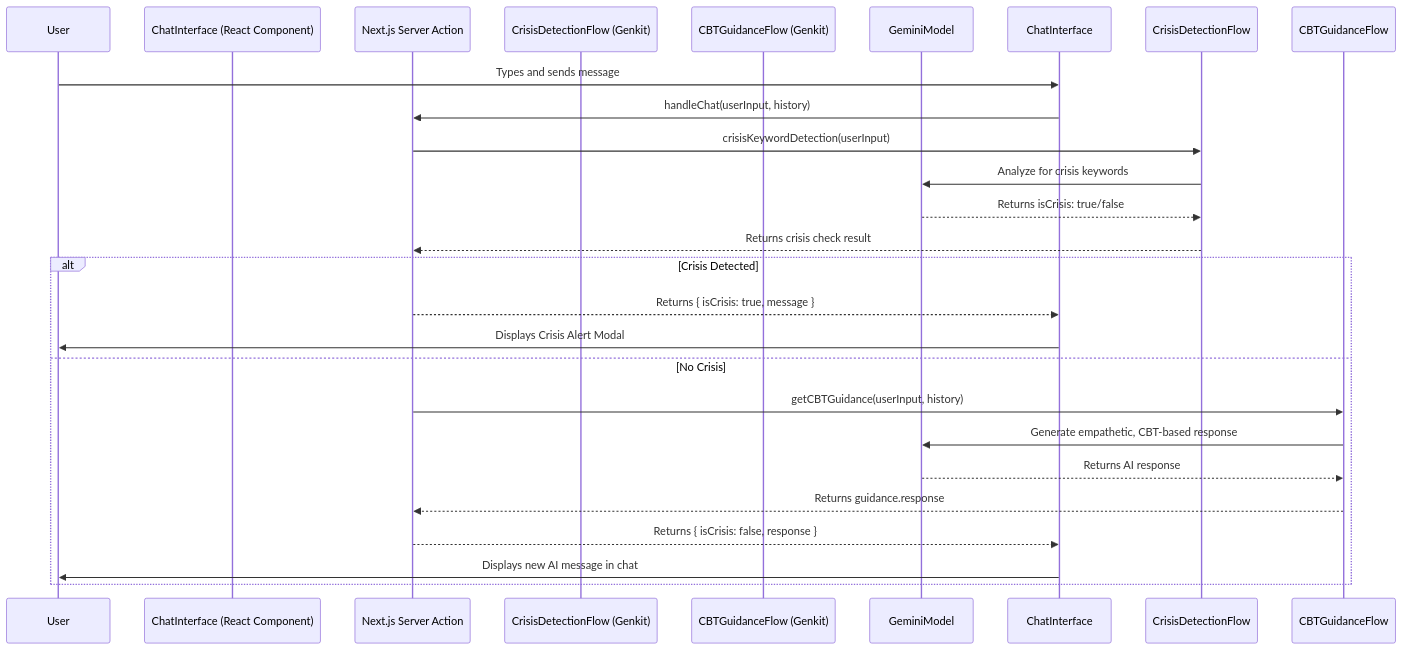
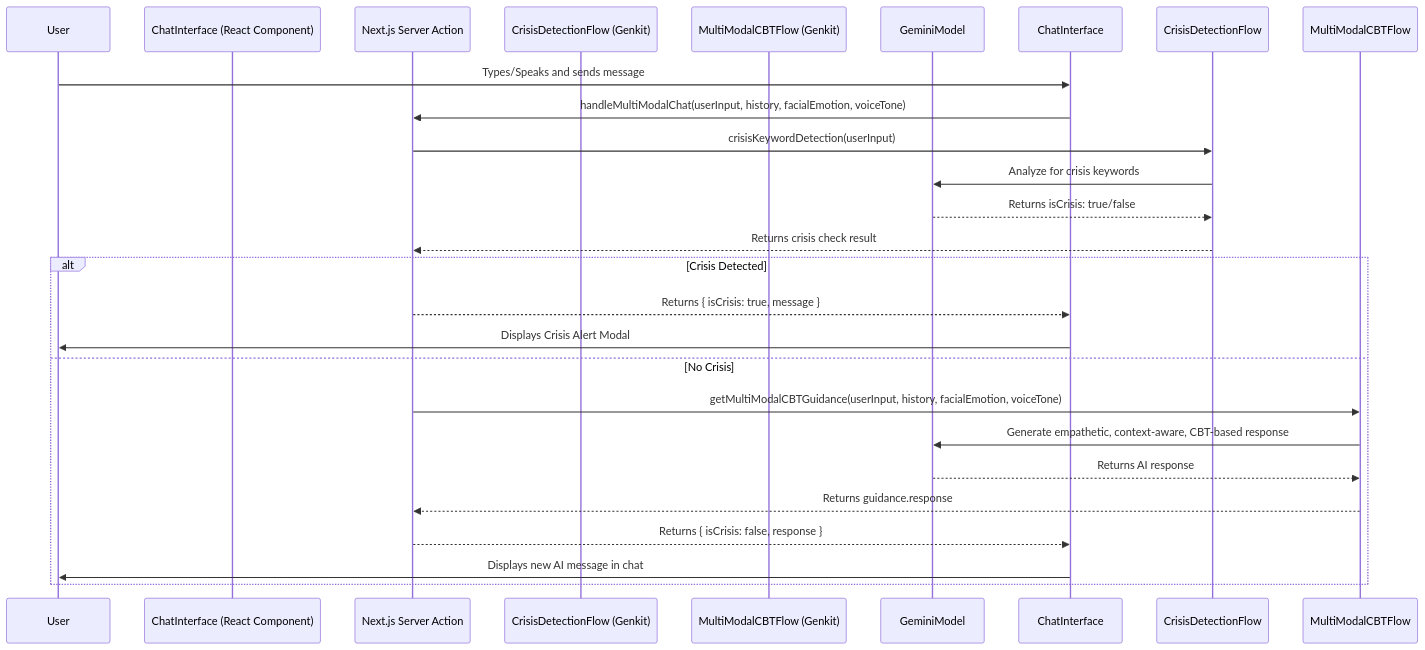
The third of 4 diagrams in README.md (Utpal-Kalita/Saarthi), drawn with Mermaid before and after one commit. The commit also changed other lines of this file and 2 other files, not shown here.

````diff
--- a/README.md
+++ b/README.md
@@ -162,28 +169,28 @@
 ```mermaid
 sequenceDiagram
     participant User
     participant ChatInterface (React Component)
     participant Next.js Server Action
     participant CrisisDetectionFlow (Genkit)
-    participant CBTGuidanceFlow (Genkit)
+    participant MultiModalCBTFlow (Genkit)
     participant GeminiModel
 
-    User->>ChatInterface: Types and sends message
-    ChatInterface->>Next.js Server Action: handleChat(userInput, history)
+    User->>ChatInterface: Types/Speaks and sends message
+    ChatInterface->>Next.js Server Action: handleMultiModalChat(userInput, history, facialEmotion, voiceTone)
     Next.js Server Action->>CrisisDetectionFlow: crisisKeywordDetection(userInput)
     CrisisDetectionFlow->>GeminiModel: Analyze for crisis keywords
     GeminiModel-->>CrisisDetectionFlow: Returns isCrisis: true/false
     CrisisDetectionFlow-->>Next.js Server Action: Returns crisis check result
 
     alt Crisis Detected
         Next.js Server Action-->>ChatInterface: Returns { isCrisis: true, message }
         ChatInterface->>User: Displays Crisis Alert Modal
     else No Crisis
-        Next.js Server Action->>CBTGuidanceFlow: getCBTGuidance(userInput, history)
-        CBTGuidanceFlow->>GeminiModel: Generate empathetic, CBT-based response
-        GeminiModel-->>CBTGuidanceFlow: Returns AI response
-        CBTGuidanceFlow-->>Next.js Server Action: Returns guidance.response
+        Next.js Server Action->>MultiModalCBTFlow: getMultiModalCBTGuidance(userInput, history, facialEmotion, voiceTone)
+        MultiModalCBTFlow->>GeminiModel: Generate empathetic, context-aware, CBT-based response
+        GeminiModel-->>MultiModalCBTFlow: Returns AI response
+        MultiModalCBTFlow-->>Next.js Server Action: Returns guidance.response
         Next.js Server Action-->>ChatInterface: Returns { isCrisis: false, response }
         ChatInterface->>User: Displays new AI message in chat
     end
 ```
````
